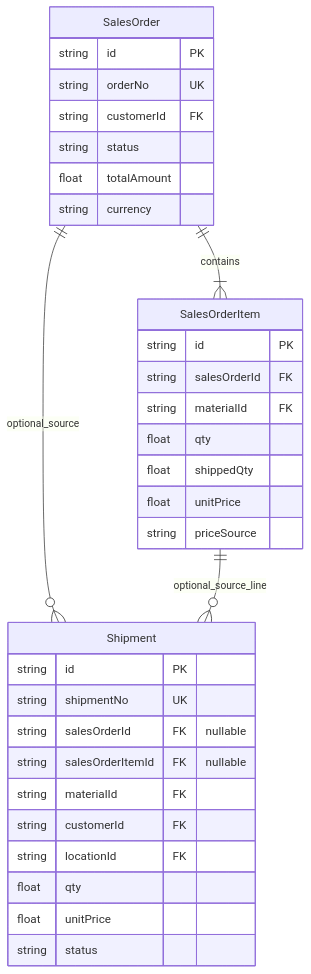
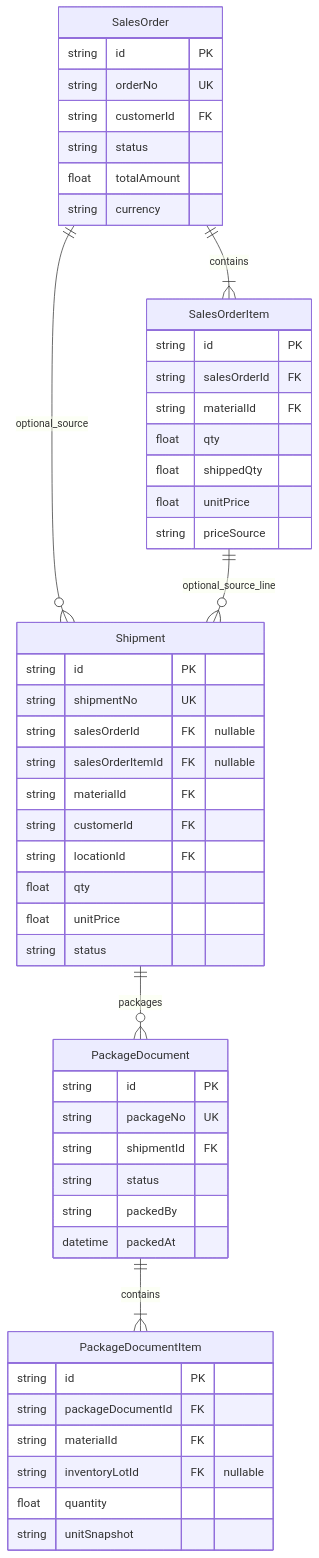
The second of 2 diagrams in docs/architecture/数据库结构.md (goldf2/mes-lite), drawn with Mermaid before and after one commit. The commit also changed other lines of this file and 53 other files, not shown here.

Commit message:
feat: add shipment package scanning workflow

````diff
--- a/docs/architecture/数据库结构.md
+++ b/docs/architecture/数据库结构.md
@@ -147,35 +154,53 @@
 ```mermaid
 erDiagram
   SalesOrder {
     string id PK
     string orderNo UK
     string customerId FK
     string status
     float totalAmount
     string currency
   }
   SalesOrderItem {
     string id PK
     string salesOrderId FK
     string materialId FK
     float qty
     float shippedQty
     float unitPrice
     string priceSource
   }
   Shipment {
     string id PK
     string shipmentNo UK
     string salesOrderId FK "nullable"
     string salesOrderItemId FK "nullable"
     string materialId FK
     string customerId FK
     string locationId FK
     float qty
     float unitPrice
     string status
   }
+  PackageDocument {
+    string id PK
+    string packageNo UK
+    string shipmentId FK
+    string status
+    string packedBy
+    datetime packedAt
+  }
+  PackageDocumentItem {
+    string id PK
+    string packageDocumentId FK
+    string materialId FK
+    string inventoryLotId FK "nullable"
+    float quantity
+    string unitSnapshot
+  }
   SalesOrder ||--|{ SalesOrderItem : contains
   SalesOrder ||--o{ Shipment : optional_source
   SalesOrderItem ||--o{ Shipment : optional_source_line
+  Shipment ||--o{ PackageDocument : packages
+  PackageDocument ||--|{ PackageDocumentItem : contains
 ```
````
